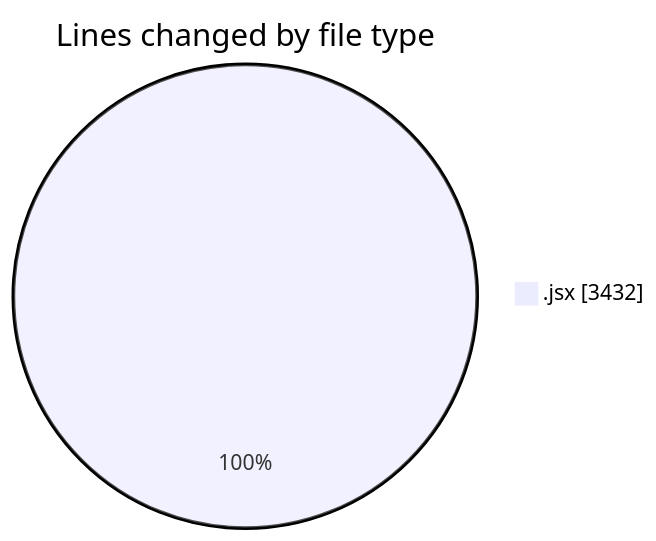
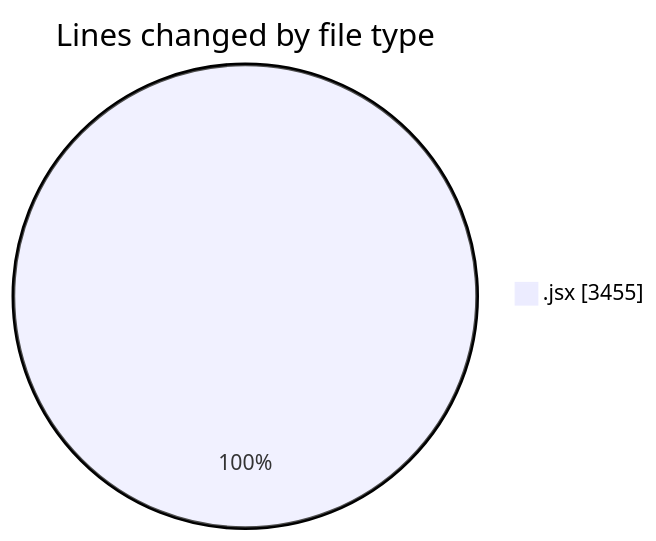
Before and after one commit to nxtqubesakshisongat/code-tracking: the first of 2 diagrams in 2025-06-16/nxtqube_webapp/README.md, drawn with Mermaid. The commit also changed other lines of this file and 1 other file, not shown here.

````diff
--- a/2025-06-16/nxtqube_webapp/README.md
+++ b/2025-06-16/nxtqube_webapp/README.md
@@ -22,5 +22,5 @@
 ```mermaid
 pie showData
 title Lines changed by file type
-".jsx" : 3432
+".jsx" : 3455
 ```
````
